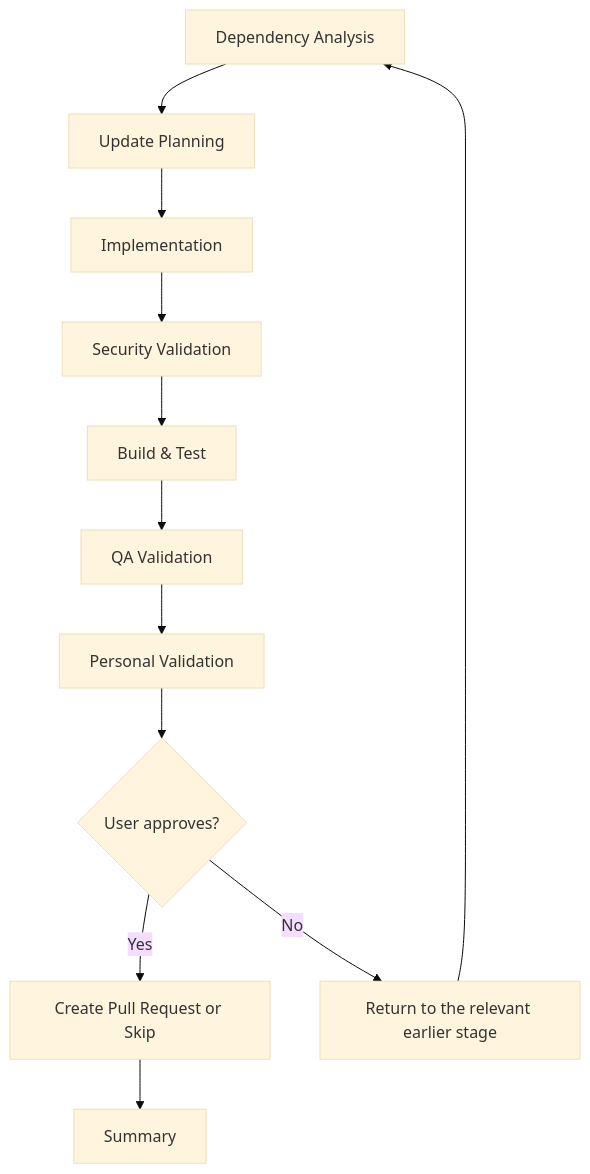
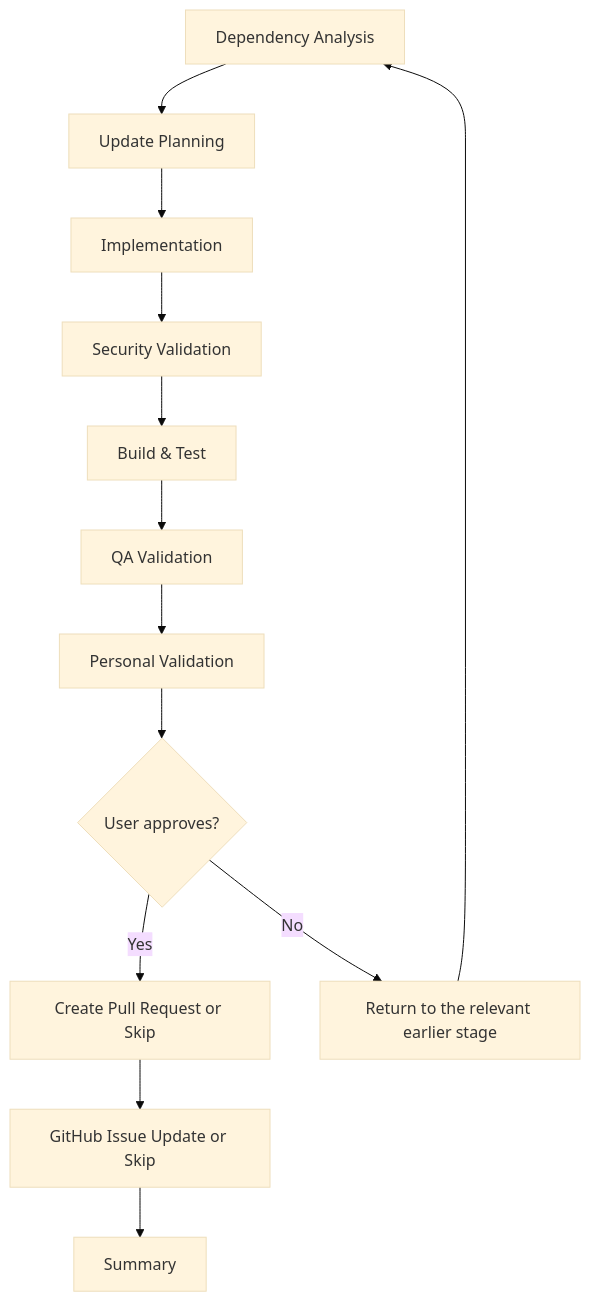
The fourth of 14 diagrams in plugins/copilot-app/resources/orchestration-flow-diagrams.md (JSdotNet/Copilot), drawn with Mermaid (base theme) before and after one commit. The commit also changed other lines of this file and 18 other files, not shown here.

````diff
--- a/plugins/copilot-app/resources/orchestration-flow-diagrams.md
+++ b/plugins/copilot-app/resources/orchestration-flow-diagrams.md
@@ -100,14 +106,15 @@
 ```mermaid
 flowchart TD
     A["Dependency Analysis"] --> B["Update Planning"]
     B --> C["Implementation"]
     C --> D["Security Validation"]
     D --> E["Build & Test"]
     E --> F["QA Validation"]
     F --> G["Personal Validation"]
     G --> H{User approves?}
     H -->|Yes| I["Create Pull Request or Skip"]
     H -->|No| J["Return to the relevant earlier stage"]
     J --> A
-    I --> K["Summary"]
+    I --> U["GitHub Issue Update or Skip"]
+    U --> K["Summary"]
 ```
````
